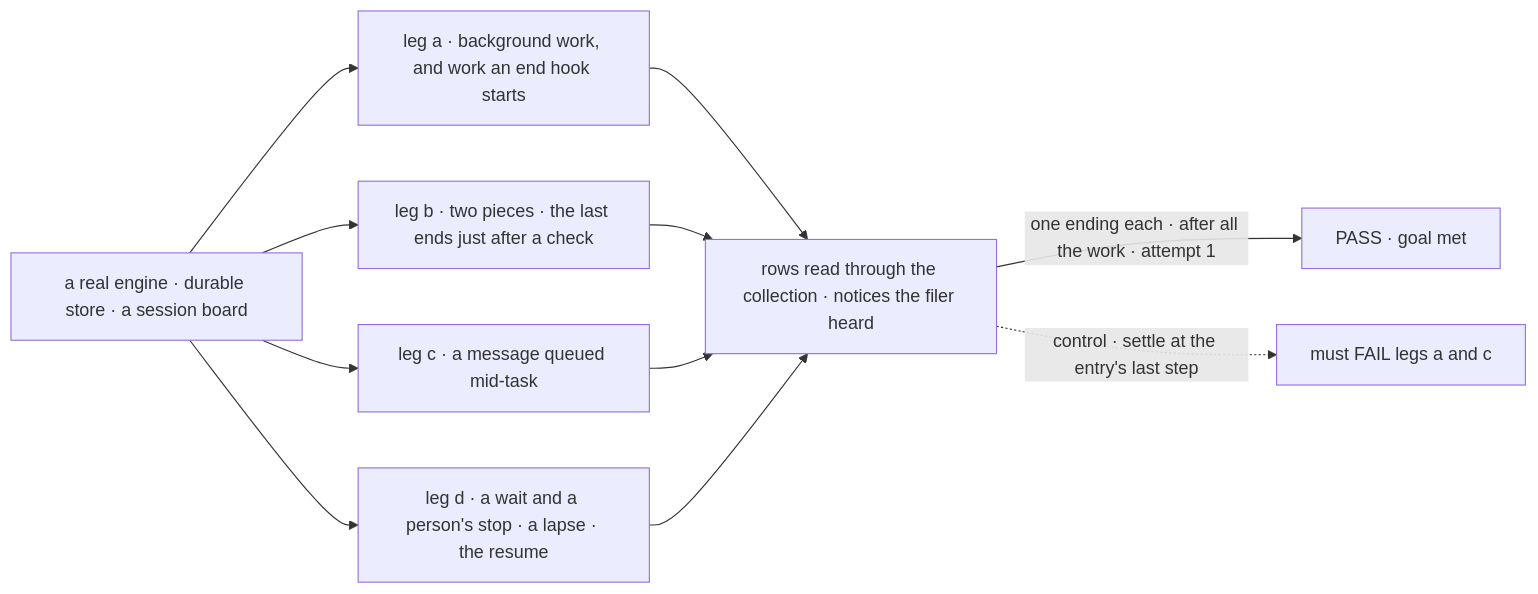
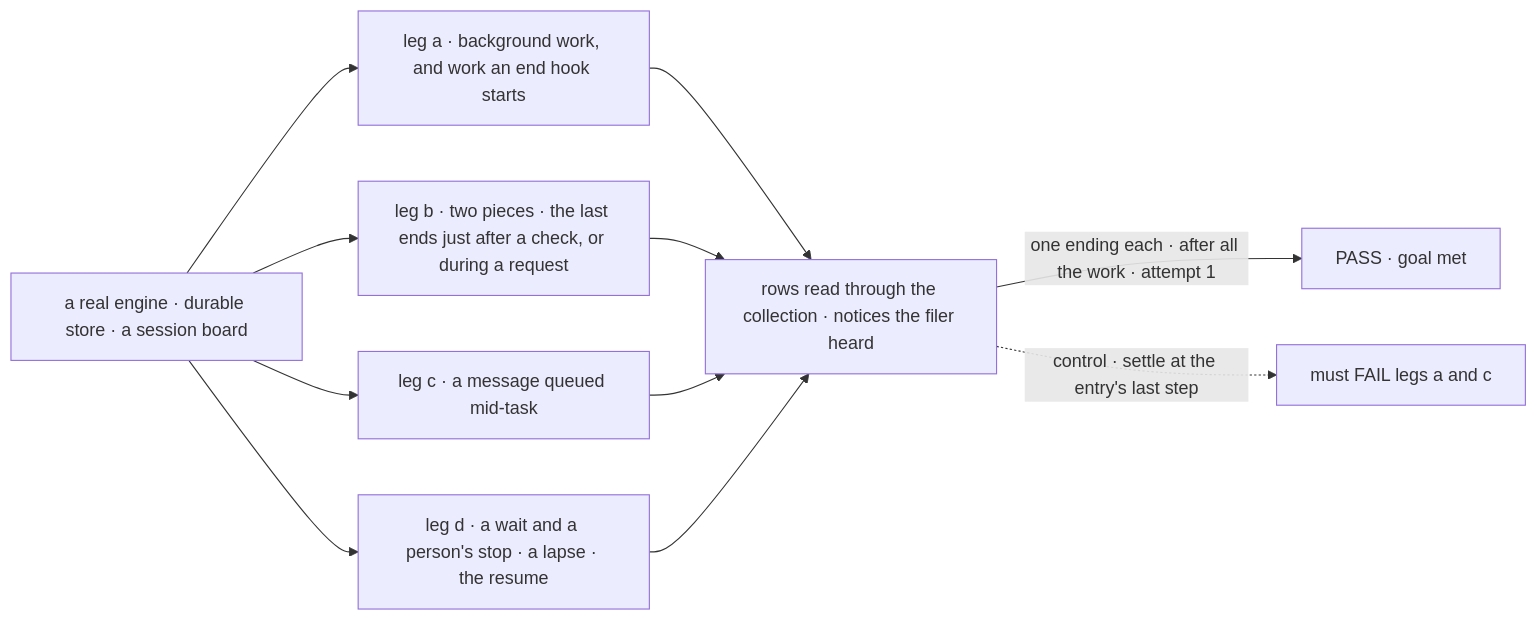
The first of 2 diagrams in specs/issues/FIX-2077/SPEC.md (fixpoint-labs/flow-state-dev), drawn with Mermaid before and after one commit. The commit also changed other lines of this file and 1 other file, not shown here.

````diff
--- a/specs/issues/FIX-2077/SPEC.md
+++ b/specs/issues/FIX-2077/SPEC.md
@@ -29,13 +29,13 @@
 ```mermaid
 flowchart LR
   A["a real engine · durable store · a session board"] --> L1["leg a · background work, and work an end hook starts"]
-  A --> L2["leg b · two pieces · the last ends just after a check"]
+  A --> L2["leg b · two pieces · the last ends just after a check, or during a request"]
   A --> L3["leg c · a message queued mid-task"]
   A --> L4["leg d · a wait and a person's stop · a lapse · the resume"]
   L1 --> R["rows read through the collection · notices the filer heard"]
   L2 --> R
   L3 --> R
   L4 --> R
   R -->|"one ending each · after all the work · attempt 1"| P["PASS · goal met"]
   R -.->|"control · settle at the entry's last step"| F["must FAIL legs a and c"]
 ```
````
